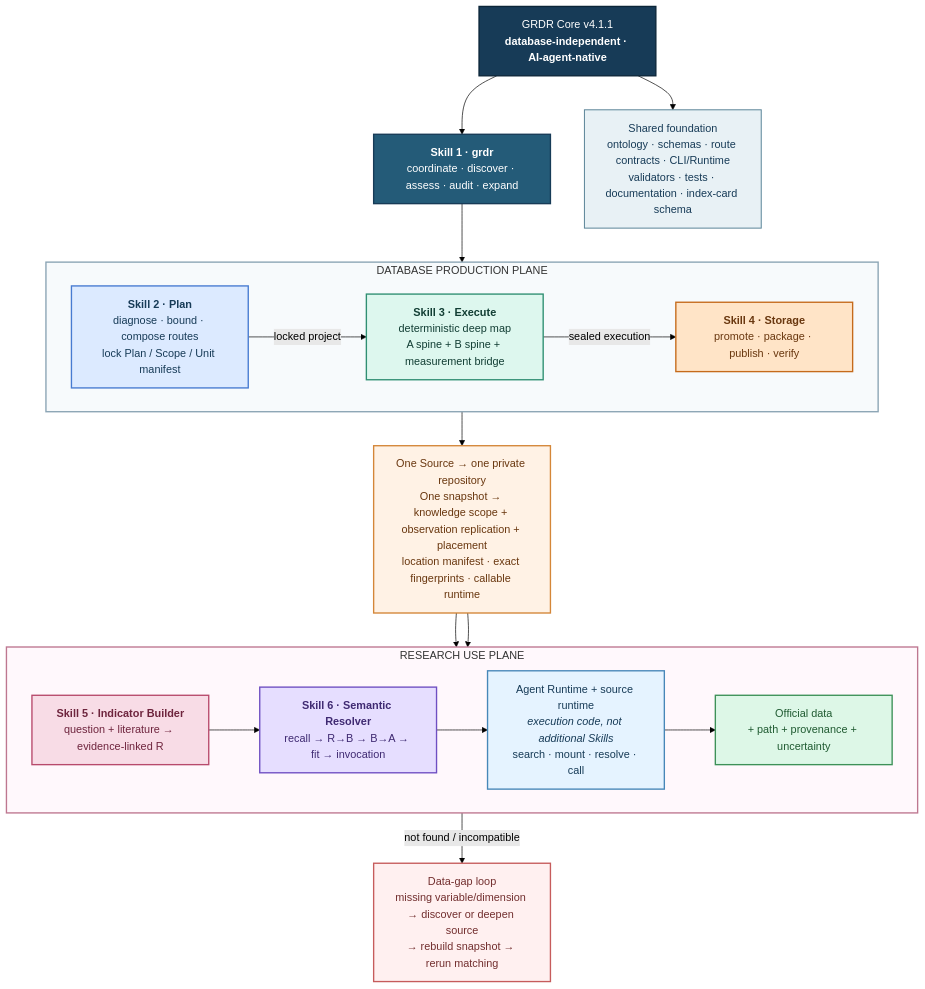
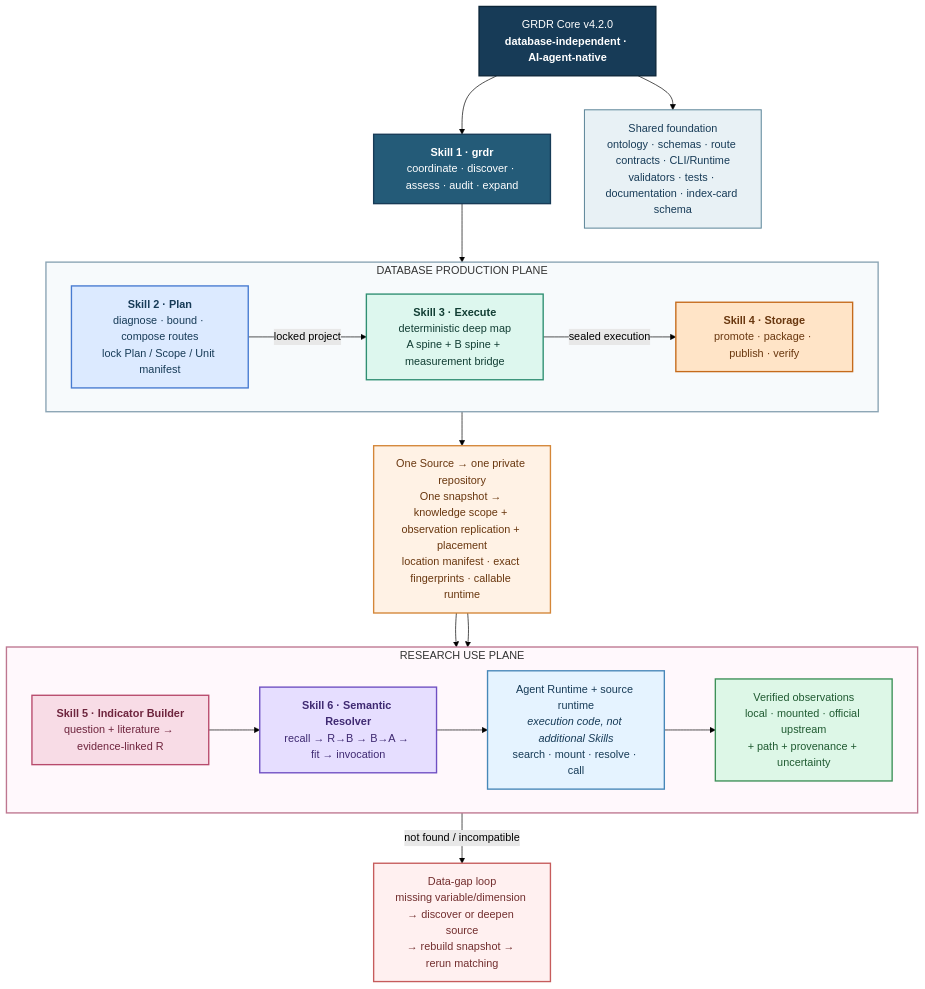
Before and after one commit to yangyuezh/grdr-core-version-archive: the first of 5 diagrams in README.md, drawn with Mermaid (forest theme). The commit also changed other lines of this file and 26 other files, not shown here.

Commit message:
release: harden GRDR Core v4.2.0 storage and runtime

````diff
--- a/README.md
+++ b/README.md
@@ -27,50 +27,50 @@
 ```mermaid
 flowchart TB
-    CORE["GRDR Core v4.1.1<br/><b>database-independent · AI-agent-native</b>"]:::core
+    CORE["GRDR Core v4.2.0<br/><b>database-independent · AI-agent-native</b>"]:::core
     COORD["<b>Skill 1 · grdr</b><br/>coordinate · discover · assess · audit · expand"]:::coreSkill
     SHARED["Shared foundation<br/>ontology · schemas · route contracts · CLI/Runtime<br/>validators · tests · documentation · index-card schema"]:::shared
 
     subgraph PROD["DATABASE PRODUCTION PLANE"]
         direction LR
         PLAN_OV["<b>Skill 2 · Plan</b><br/>diagnose · bound · compose routes<br/>lock Plan / Scope / Unit manifest"]:::plan
         EXEC_OV["<b>Skill 3 · Execute</b><br/>deterministic deep map<br/>A spine + B spine + measurement bridge"]:::execute
         STORE_OV["<b>Skill 4 · Storage</b><br/>promote · package · publish · verify"]:::storage
         PLAN_OV -->|"locked project"| EXEC_OV -->|"sealed execution"| STORE_OV
     end
 
     SNAP["One Source → one private repository<br/>One snapshot → knowledge scope + observation replication + placement<br/>location manifest · exact fingerprints · callable runtime"]:::artifact
 
     subgraph USE["RESEARCH USE PLANE"]
         direction LR
         BUILD_OV["<b>Skill 5 · Indicator Builder</b><br/>question + literature → evidence-linked R"]:::research
         SEM_OV["<b>Skill 6 · Semantic Resolver</b><br/>recall → R→B → B→A → fit → invocation"]:::semantic
         RUN_OV["Agent Runtime + source runtime<br/><i>execution code, not additional Skills</i><br/>search · mount · resolve · call"]:::runtime
-        OUT_OV["Official data<br/>+ path + provenance + uncertainty"]:::result
+        OUT_OV["Verified observations<br/>local · mounted · official upstream<br/>+ path + provenance + uncertainty"]:::result
         BUILD_OV --> SEM_OV --> RUN_OV --> OUT_OV
     end
 
     GAP_OV["Data-gap loop<br/>missing variable/dimension → discover or deepen source<br/>→ rebuild snapshot → rerun matching"]:::gap
 
     CORE --> COORD
     CORE --> SHARED
     COORD --> PLAN_OV
     STORE_OV --> SNAP
     SNAP --> SEM_OV
     SNAP --> RUN_OV
     SEM_OV -->|"not found / incompatible"| GAP_OV
 
     classDef core fill:#173B57,stroke:#0B2538,color:#FFFFFF,stroke-width:2px;
     classDef coreSkill fill:#245B78,stroke:#173B57,color:#FFFFFF,stroke-width:2px;
     classDef shared fill:#E8F1F5,stroke:#5E879A,color:#173B57,stroke-width:1.5px;
     classDef plan fill:#DCEAFF,stroke:#477BD1,color:#173B57,stroke-width:2px;
     classDef execute fill:#DDF7EE,stroke:#2F8F72,color:#123E34,stroke-width:2px;
     classDef storage fill:#FFE4C7,stroke:#C56A1B,color:#69370F,stroke-width:2px;
     classDef artifact fill:#FFF2E5,stroke:#D48638,color:#69370F,stroke-width:2px;
     classDef research fill:#F8DCE6,stroke:#B84A6C,color:#6E243D,stroke-width:2px;
     classDef semantic fill:#E6DEFF,stroke:#6F4FC2,color:#3F2A72,stroke-width:2px;
     classDef runtime fill:#E5F3FF,stroke:#4787B8,color:#173B57,stroke-width:2px;
     classDef result fill:#DDF7E7,stroke:#3D9158,color:#1F5A31,stroke-width:2px;
     classDef gap fill:#FFF0F0,stroke:#C65C5C,color:#722E2E,stroke-width:2px;
     style PROD fill:#F7FAFC,stroke:#8AA4B4,stroke-width:2px
     style USE fill:#FFF8FC,stroke:#BE7790,stroke-width:2px
 ```
````
